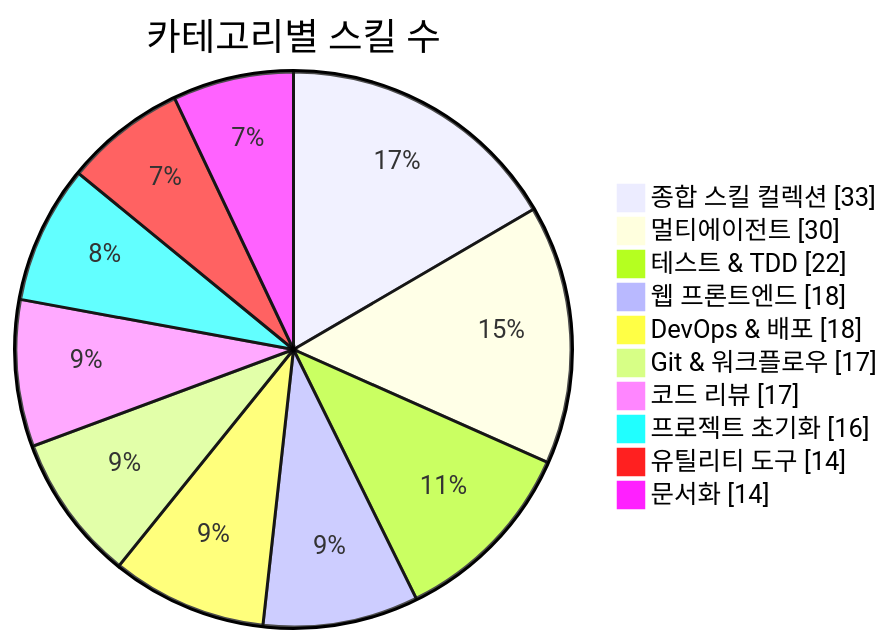
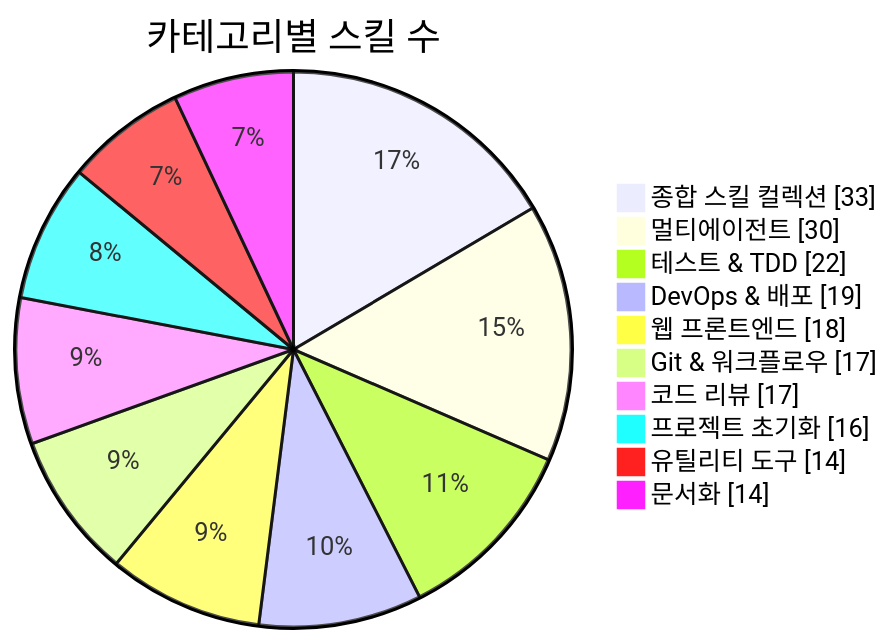
One commit to J-nowcow/awesome-korean-agent-skills changed the first of 3 diagrams in README.md. Above: the diagram before and after it, drawn with Mermaid. The commit also changed other lines of this file and 4 other files, not shown here.

````diff
--- a/README.md
+++ b/README.md
@@ -176,14 +176,14 @@
 ```mermaid
 pie showData
     title 카테고리별 스킬 수
     "종합 스킬 컬렉션" : 33
     "멀티에이전트" : 30
     "테스트 & TDD" : 22
+    "DevOps & 배포" : 19
     "웹 프론트엔드" : 18
-    "DevOps & 배포" : 18
     "Git & 워크플로우" : 17
     "코드 리뷰" : 17
     "프로젝트 초기화" : 16
     "유틸리티 도구" : 14
     "문서화" : 14
 ```
````
